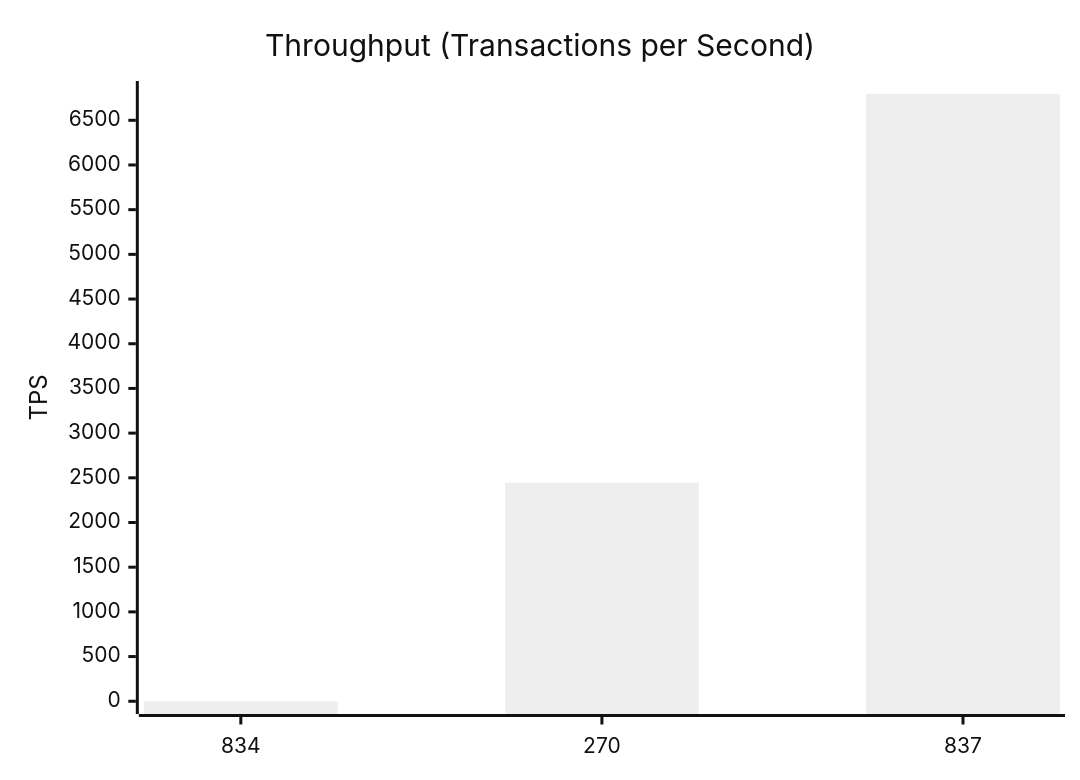
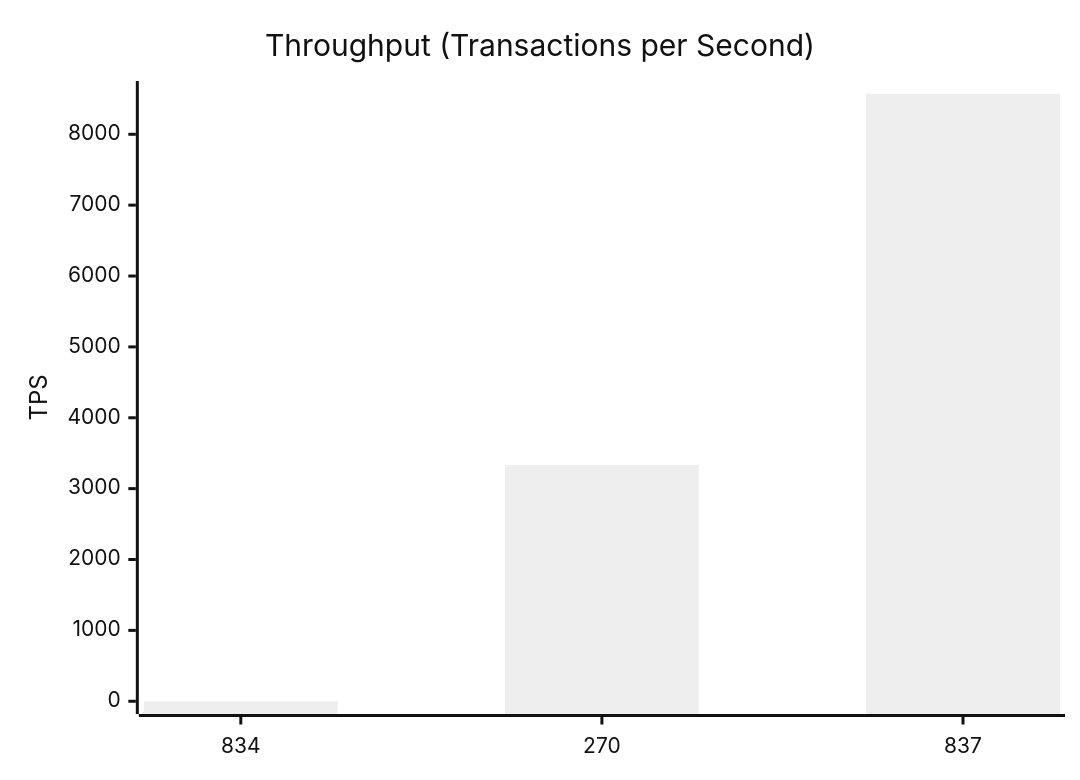
The second of 10 diagrams in test-tools/DataGen/src/Statistics_Visualizer.md (dhagan-va/intern-2025), drawn with Mermaid (neutral theme) before and after one commit. The commit also changed other lines of this file and 12 other files, not shown here.

````diff
--- a/test-tools/DataGen/src/Statistics_Visualizer.md
+++ b/test-tools/DataGen/src/Statistics_Visualizer.md
@@ -28,7 +28,7 @@
 ```mermaid
 xychart-beta
     title "Throughput (Transactions per Second)"
     x-axis ["834", "270", "837"]
-    y-axis "TPS" 0 --> 6796.9179034934195
-    bar [0.0, 2446.722615057131, 6795.9179034934195]
+    y-axis "TPS" 0 --> 8571.938803496943
+    bar [0.0, 3333.2222259258024, 8570.938803496943]
 ```
````
